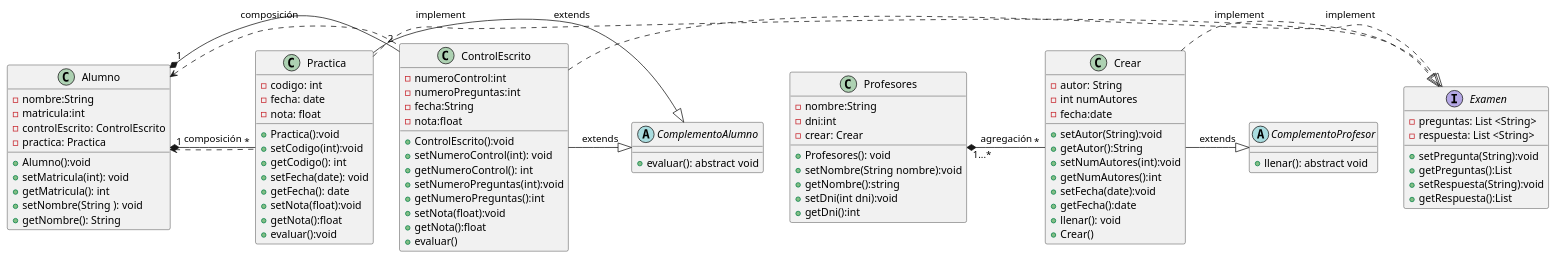
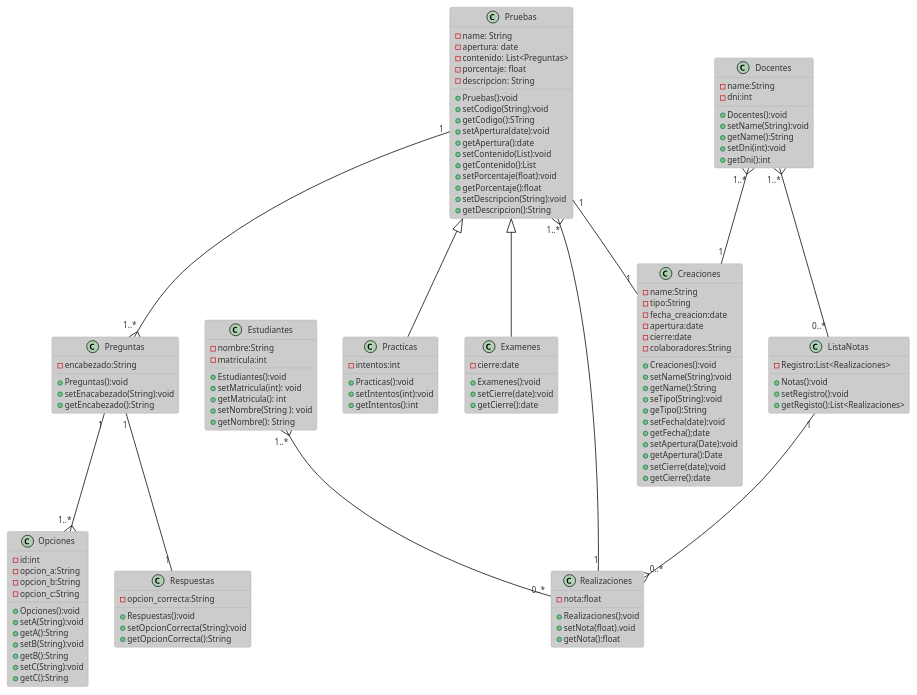
Before and after one commit to miller-vrg/Desarrollo-2: the diagram in ABP/diagrama de clases/diagrama.puml, drawn with PlantUML. The commit also changed 14 other files, not shown here.

```diff
--- a/ABP/diagrama de clases/diagrama.puml
+++ b/ABP/diagrama de clases/diagrama.puml
@@ -1,119 +1,159 @@
 @startuml
-
-class Alumno {
+!theme reddress-lightgreen
+class Estudiantes {
 
 - nombre:String
 - matricula:int
-- controlEscrito: ControlEscrito
-- practica: Practica
 
-+ Alumno():void
++ Estudiantes():void
 + setMatricula(int): void
 + getMatricula(): int
 + setNombre(String ): void
 + getNombre(): String
 
 }
 
-class ControlEscrito{
+class Pruebas{
 
-- numeroControl:int
-- numeroPreguntas:int
-- fecha:String
-- nota:float
+- name: String
+- apertura: date
+- contenido: List<Preguntas>
+- porcentaje: float
+- descripcion: String
 
-+ ControlEscrito():void
-+ setNumeroControl(int): void
-+ getNumeroControl(): int
-+ setNumeroPreguntas(int):void
-+ getNumeroPreguntas():int
-+ setNota(float):void
-+ getNota():float
-+ evaluar()
++ Pruebas():void
++ setCodigo(String):void
++ getCodigo():STring
++ setApertura(date):void
++ getApertura():date
++ setContenido(List):void
++ getContenido():List
++ setPorcentaje(float):void
++ getPorcentaje():float
++ setDescripcion(String):void
++ getDescripcion():String
 
 }
 
-class Practica{
+class Practicas{
 
-- codigo: int
-- fecha: date
-- nota: float
+- intentos:int
 
-+ Practica():void
-+ setCodigo(int):void
-+ getCodigo(): int
-+ setFecha(date): void
-+ getFecha(): date
-+ setNota(float):void
-+ getNota():float
-+ evaluar():void
++ Practicas():void
++ setIntentos(int):void
++ getIntentos():int
 }
 
-abstract class ComplementoAlumno{
-   + evaluar(): abstract void
-}
+class Examenes{
 
-interface Examen{
+- cierre:date
 
-- preguntas: List <String> 
--respuesta: List <String>
-
-+ setPregunta(String):void
-+ getPreguntas():List
-+ setRespuesta(String):void
-+ getRespuesta():List
++ Examenes():void
++ setCierre(date):void
++ getCierre():date
 
 }
 
-class Profesores{
+class Docentes{
 
-- nombre:String
+- name:String
 - dni:int
-- crear: Crear
-+ Profesores(): void
-+ setNombre(String nombre):void
-+ getNombre():string
-+ setDni(int dni):void
+
++ Docentes():void
++ setName(String):void
++ getName():String
++ setDni(int):void
 + getDni():int
 
 }
 
-class Crear{
+class Creaciones{
 
-- autor: String
-- int numAutores
-- fecha:date
+- name:String
+- tipo:String
+- fecha_creacion:date
+- apertura:date
+- cierre:date
+- colaboradores:String
 
-+ setAutor(String):void
-+ getAutor():String
-+ setNumAutores(int):void
-+ getNumAutores():int
++ Creaciones():void
++ setName(String):void
++ getName():String
++ seTipo(String):void
++ geTipo():String
 + setFecha(date):void
-+ getFecha():date
-+ llenar(): void
-+ Crear()
++getFecha();date
++ setApertura(Date):void
++ getApertura():Date
++ setCierre(date);void
++ getCierre():date
 
 }
 
-abstract class ComplementoProfesor{
-   + llenar(): abstract void
+class ListaNotas{
+ - Registro:List<Realizaciones>
+
++ Notas():void
++ setRegistro():void
++ getRegisto():List<Realizaciones>
+}
+
+class Realizaciones{
+- nota:float
+
++ Realizaciones():void
++ setNota(float).void
++ getNota():float
 }
 
 
-Alumno "1" *- "2" ControlEscrito :composición
-Alumno <. ControlEscrito 
-Alumno "1" *- "*" Practica :composición
-Alumno <. Practica
+class Preguntas{
+- encabezado:String
 
-ControlEscrito -|> ComplementoAlumno : extends
-Practica -|> ComplementoAlumno : extends
++ Preguntas():void
++ setEnacabezado(String):void
++ getEncabezado():String
+}
 
-ControlEscrito .|> Examen : implement
-Practica .|> Examen : implement
+class Opciones{
+-id:int
+- opcion_a:String
+- opcion_b:String
+- opcion_c:String
 
-Profesores "1...*" *- "*" Crear :agregación
-Crear -|> ComplementoProfesor: extends
-Crear .|> Examen : implement
++ Opciones():void
++ setA(String):void
++ getA():String
++ setB(String):void
++ getB():String
++ setC(String):void
++ getC():String
+}
+
+class Respuestas{
+- opcion_correcta:String
+
++ Respuestas():void
++ setOpcionCorrecta(String):void
++ getOpcionCorrecta():String
+}
+
+Estudiantes "1..*" }-- "0..*" Realizaciones
+
+Docentes "1..*" }-- "0..*" ListaNotas
+Docentes "1..*" }-- "1" Creaciones
+
+ListaNotas "1" --{ "0..*" Realizaciones
+
+Pruebas "1" -- "1" Creaciones
+Pruebas "1..*" }-- "1" Realizaciones
+Pruebas "1" --{ "1..*" Preguntas
+Pruebas <|--  Examenes
+Pruebas <|--  Practicas
+
+Preguntas "1" --{ "1..*" Opciones
+Preguntas "1" -- "1" Respuestas
+
 
 
 @enduml
```
